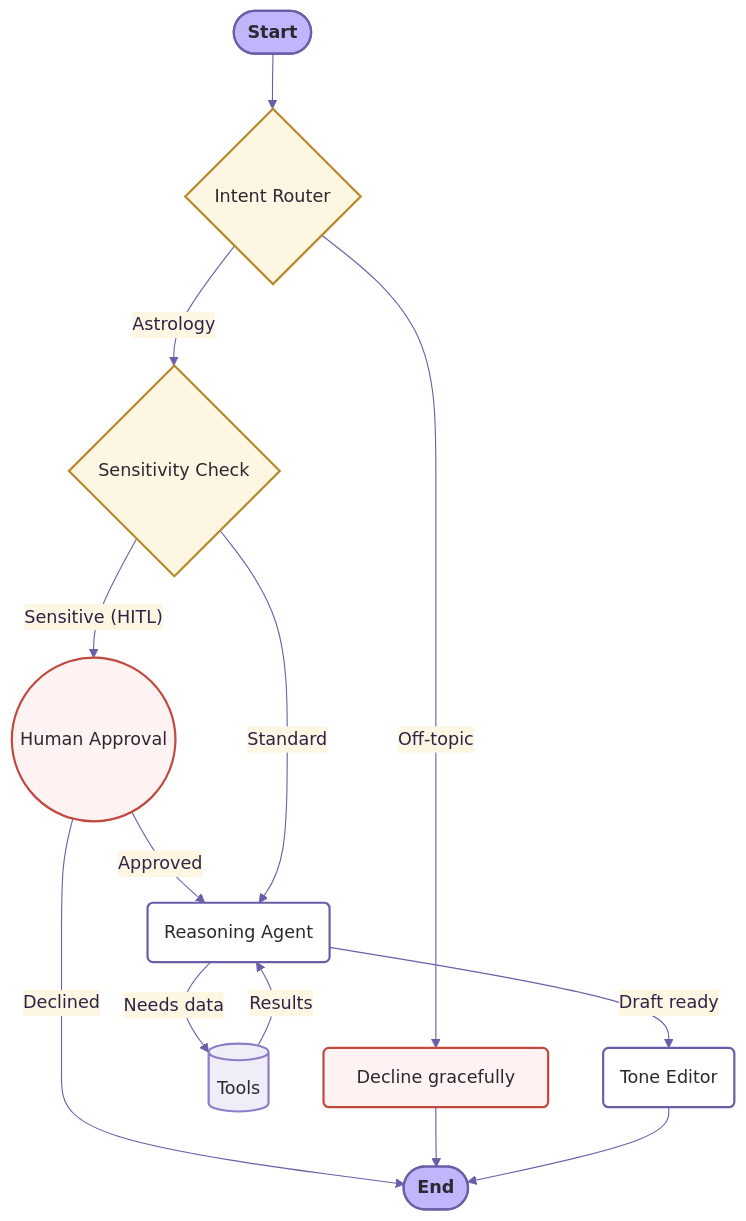
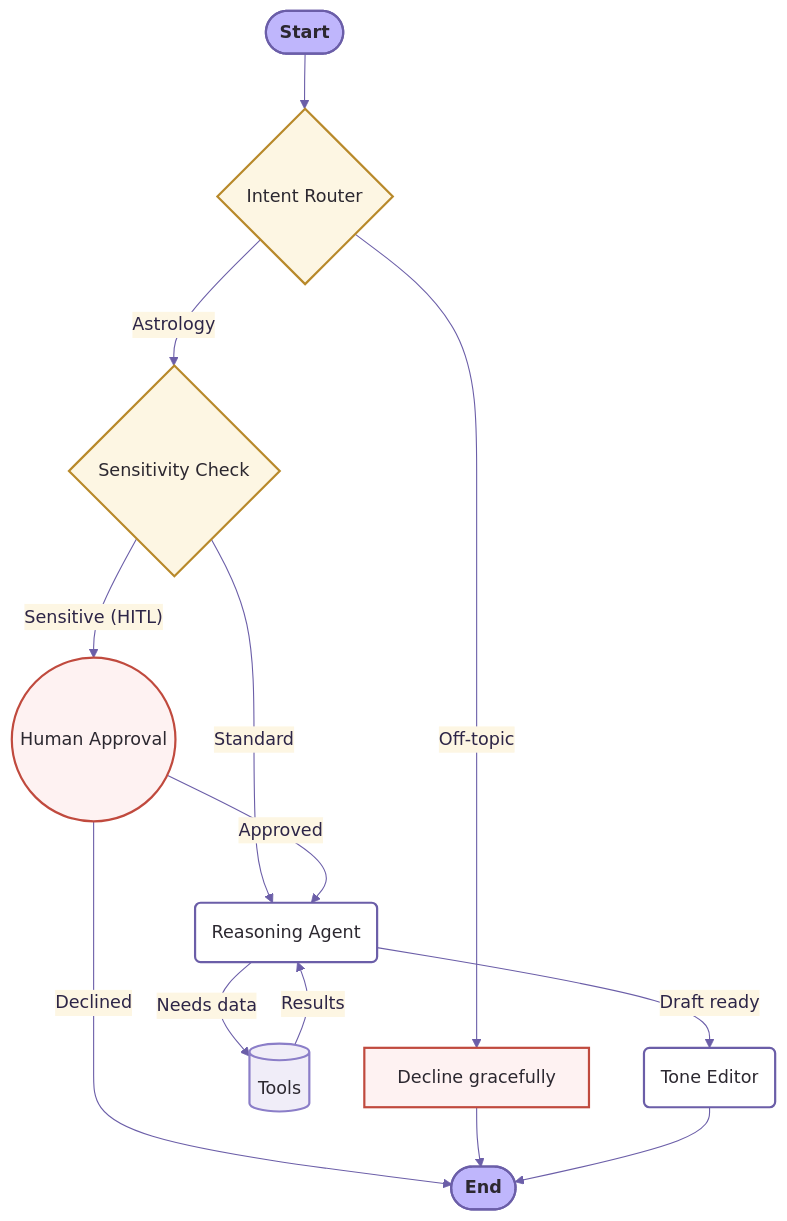
Before and after one commit to AdityaMedidala/astroagent: the diagram in README.md, drawn with Mermaid.

Commit message:
Fix README architecture diagram rendering on GitHub

````diff
--- a/README.md
+++ b/README.md
@@ -13,27 +13,32 @@
 ```mermaid
 %%{init: {'theme': 'base', 'themeVariables': { 'primaryColor': '#F0EDF8', 'primaryTextColor': '#2D2547', 'primaryBorderColor': '#8B7EC8', 'lineColor': '#6B5EA8', 'secondaryColor': '#FDF6E3', 'tertiaryColor': '#FFFFFF'}}}%%
 graph TD
-    classDef startend fill:#bfb6fc,stroke:#6B5EA8,stroke-width:2px,color:#2C2830,font-weight:bold,rx:10px,ry:10px;
-    classDef router fill:#FDF6E3,stroke:#B8892A,stroke-width:2px,color:#2C2830,rx:5px,ry:5px;
-    classDef agent fill:#FFFFFF,stroke:#6B5EA8,stroke-width:2px,color:#2C2830,rx:5px,ry:5px;
-    classDef tools fill:#F0EDF8,stroke:#8B7EC8,stroke-width:2px,color:#2C2830,rx:5px,ry:5px;
-    classDef special fill:#FEF2F2,stroke:#C04A3E,stroke-width:2px,color:#2C2830,rx:5px,ry:5px;
+    classDef startend fill:#bfb6fc,stroke:#6B5EA8,stroke-width:2px,color:#2C2830,font-weight:bold;
+    classDef router fill:#FDF6E3,stroke:#B8892A,stroke-width:2px,color:#2C2830;
+    classDef agent fill:#FFFFFF,stroke:#6B5EA8,stroke-width:2px,color:#2C2830;
+    classDef tools fill:#F0EDF8,stroke:#8B7EC8,stroke-width:2px,color:#2C2830;
+    classDef special fill:#FEF2F2,stroke:#C04A3E,stroke-width:2px,color:#2C2830;
 
-    Start([Start]):::startend --> Router{Intent Router}:::router
-    
-    Router -- "Off-topic" --> Decline[Decline gracefully]:::special
-    Router -- "Astrology" --> SensCheck{Sensitivity Check}:::router
-    
-    SensCheck -- "Sensitive (HITL)" --> Pause((Human Approval)):::special
+    Start([Start]):::startend
+    Router{Intent Router}:::router
+    SensCheck{Sensitivity Check}:::router
+    Decline[Decline gracefully]:::special
+    Pause((Human Approval)):::special
+    Agent(Reasoning Agent):::agent
+    Tools[(Tools)]:::tools
+    Editor(Tone Editor):::agent
+    End([End]):::startend
+
+    Start --> Router
+    Router -- "Off-topic" --> Decline
+    Router -- "Astrology" --> SensCheck
+    SensCheck -- "Sensitive (HITL)" --> Pause
+    SensCheck -- "Standard" --> Agent
     Pause -- "Approved" --> Agent
     Pause -- "Declined" --> End
-    
-    SensCheck -- "Standard" --> Agent(Reasoning Agent):::agent
-    
-    Agent -->|Needs data| Tools[(Tools)]:::tools
+    Agent -->|Needs data| Tools
     Tools -->|Results| Agent
-    
-    Agent -->|Draft ready| Editor(Tone Editor):::agent
-    Decline --> End([End]):::startend
+    Agent -->|Draft ready| Editor
+    Decline --> End
     Editor --> End
 ```
````
